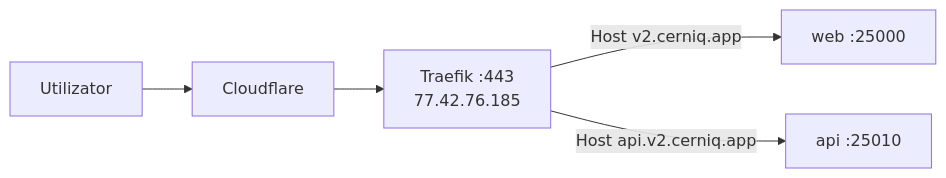
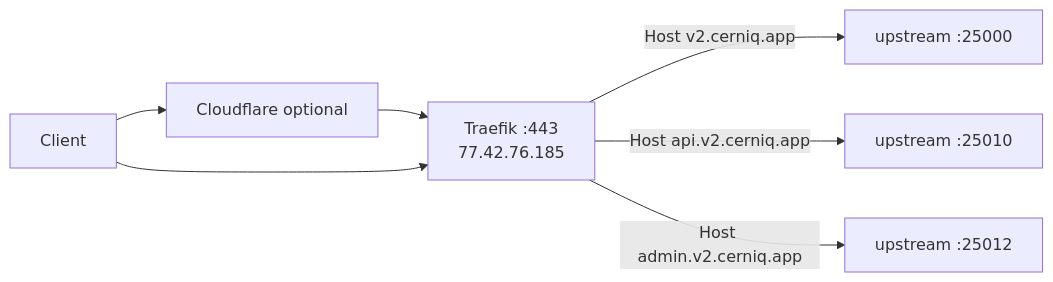
One commit to neacisu/cerniq_app_v2.0_CB changed the third of 3 diagrams in docs/enterprise/c4-deployment-views.md. Above: the diagram before and after it, drawn with Mermaid. The commit also changed other lines of this file and 245 other files, not shown here.

````diff
--- a/docs/enterprise/c4-deployment-views.md
+++ b/docs/enterprise/c4-deployment-views.md
@@ -38,11 +95,14 @@
 ```mermaid
 flowchart LR
-  U[Utilizator]
-  CF[Cloudflare]
+  U[Client]
+  CF[Cloudflare optional]
   T[Traefik :443\n77.42.76.185]
-  W[web :25000]
-  A[api :25010]
+  W[upstream :25000]
+  A[upstream :25010]
+  AD[upstream :25012]
   U --> CF --> T
+  U --> T
   T -->|Host v2.cerniq.app| W
   T -->|Host api.v2.cerniq.app| A
+  T -->|Host admin.v2.cerniq.app| AD
 ```
````
